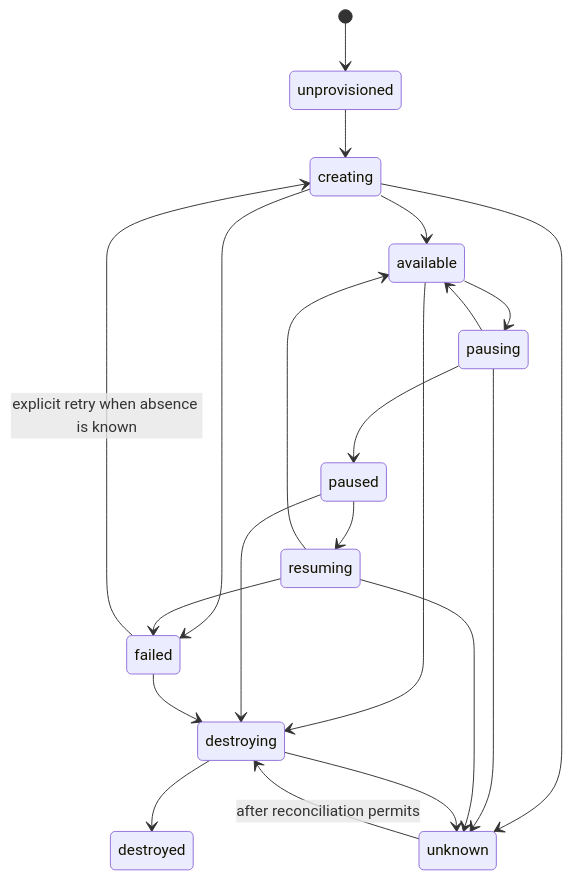
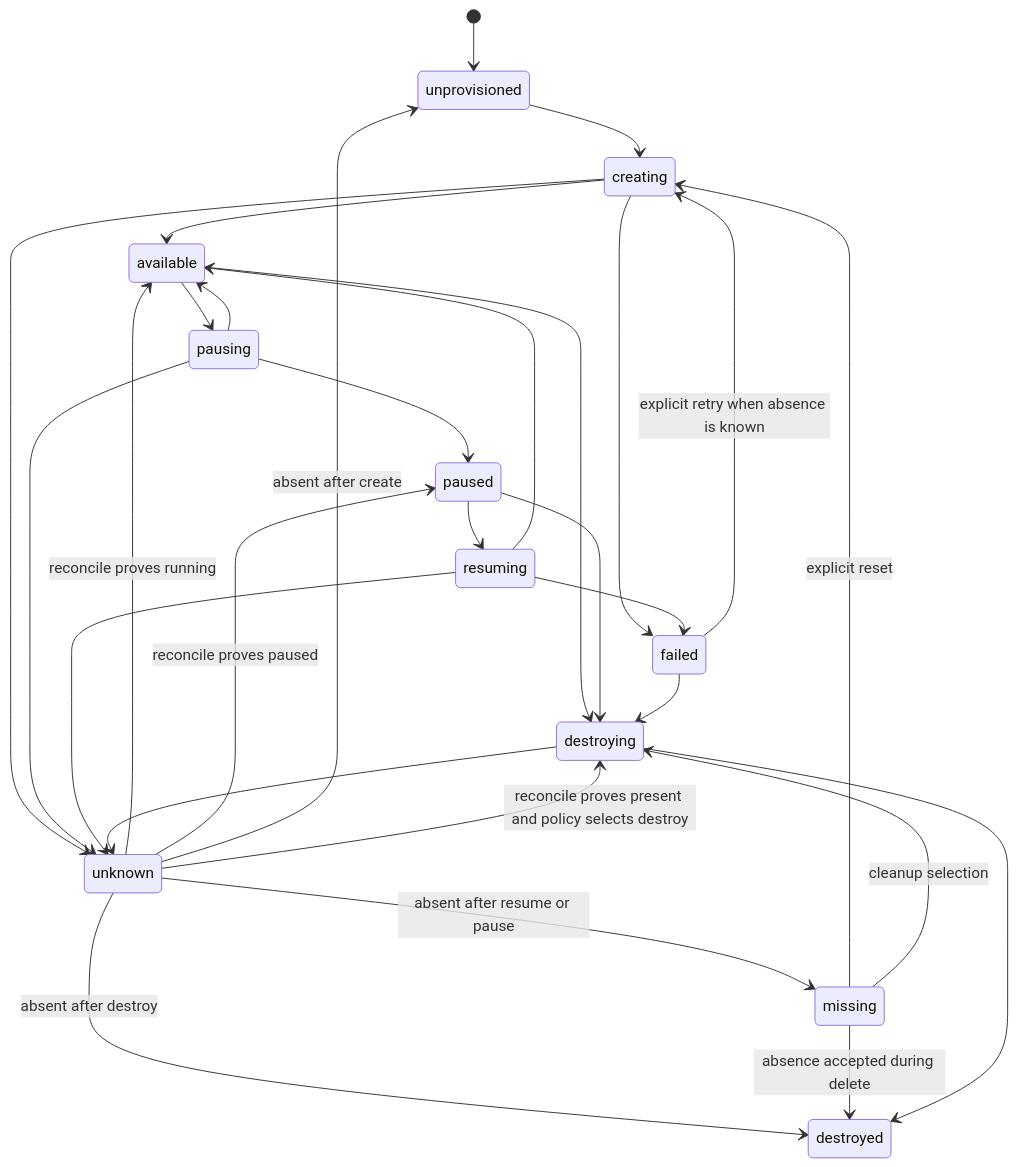
The second of 3 diagrams in spec/agent-ui/04-sessions-environments-and-state.md (LTThreeComma/agent-foundation), drawn with Mermaid before and after one commit. The commit also changed other lines of this file and 21 other files, not shown here.

````diff
--- a/spec/agent-ui/04-sessions-environments-and-state.md
+++ b/spec/agent-ui/04-sessions-environments-and-state.md
@@ -127,23 +181,31 @@
 ```mermaid
 stateDiagram-v2
     [*] --> unprovisioned
     unprovisioned --> creating
     creating --> available
     creating --> failed
     creating --> unknown
     available --> pausing
     pausing --> paused
     pausing --> available
     pausing --> unknown
     paused --> resuming
     resuming --> available
     resuming --> failed
     resuming --> unknown
     available --> destroying
     paused --> destroying
     failed --> destroying
-    unknown --> destroying: after reconciliation permits
+    unknown --> available: reconcile proves running
+    unknown --> paused: reconcile proves paused
+    unknown --> unprovisioned: absent after create
+    unknown --> destroyed: absent after destroy
+    unknown --> missing: absent after resume or pause
+    unknown --> destroying: reconcile proves present and policy selects destroy
+    missing --> creating: explicit reset
+    missing --> destroying: cleanup selection
+    missing --> destroyed: absence accepted during delete
     destroying --> destroyed
     destroying --> unknown
     failed --> creating: explicit retry when absence is known
 ```
````
